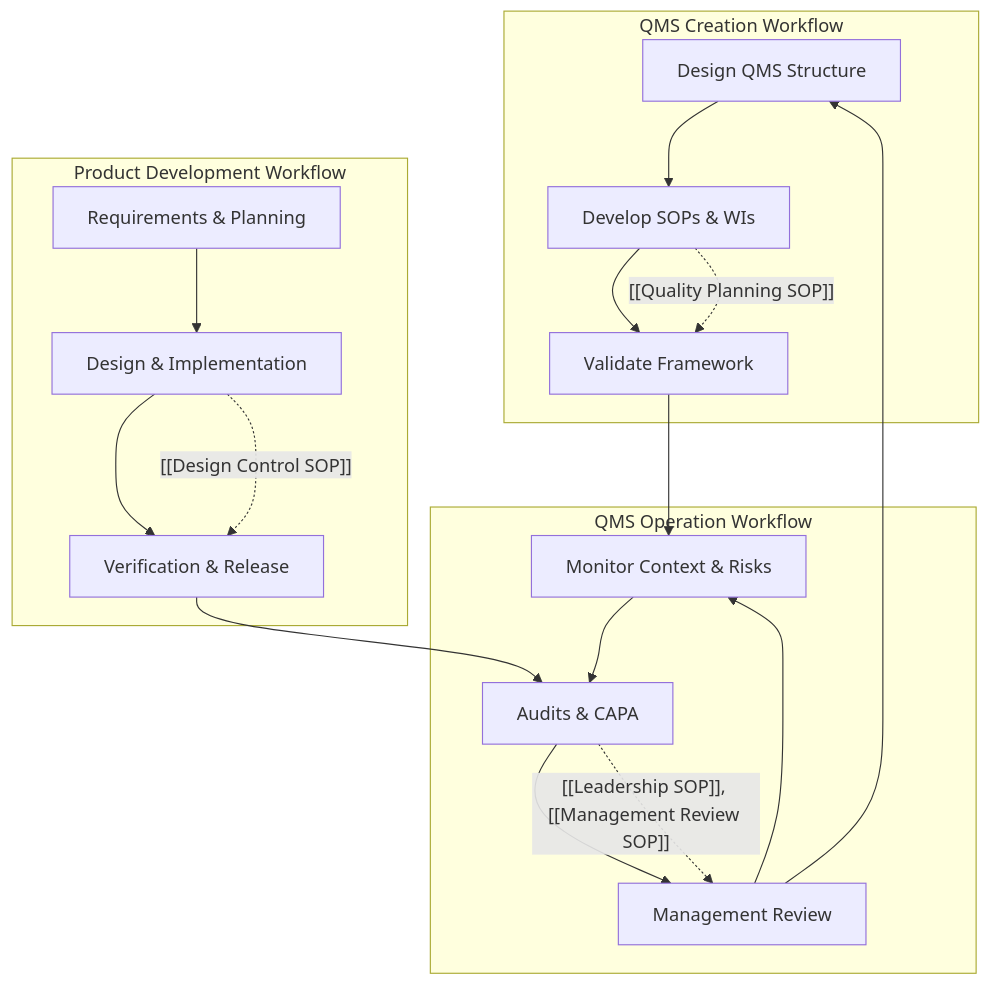
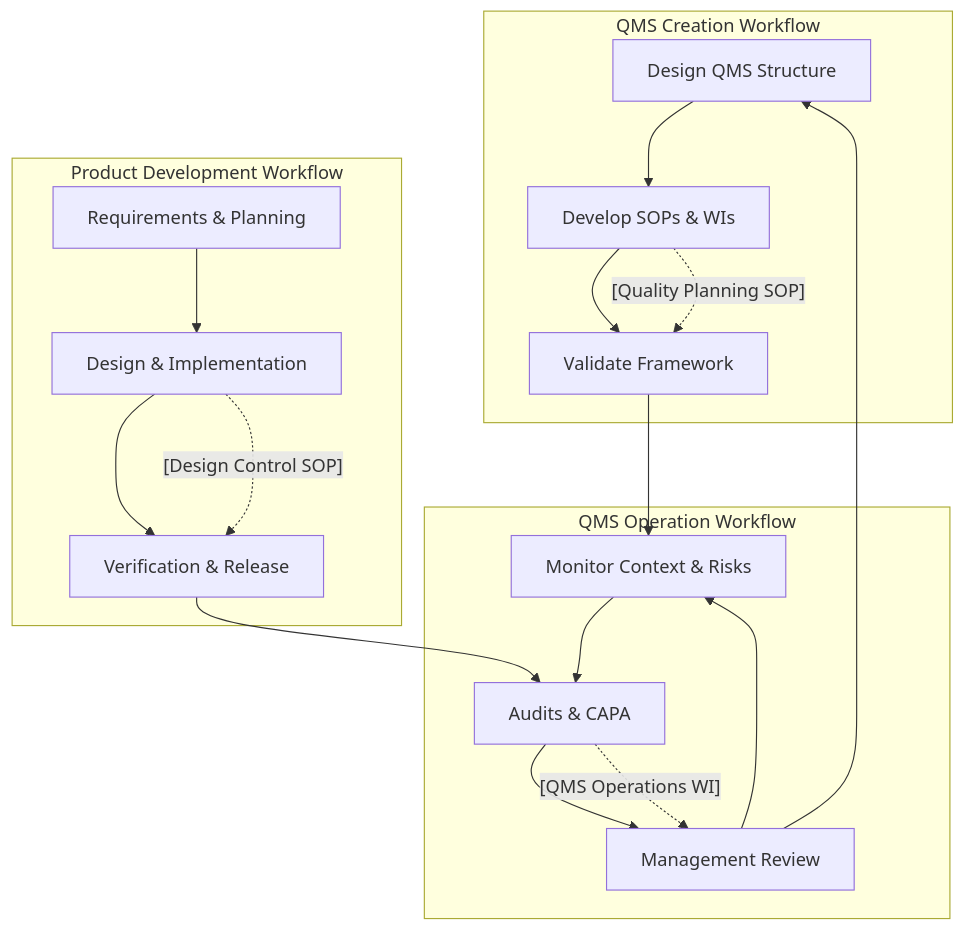
The second of 2 diagrams in QMS/Process-Map.md (Floating-Eye-Software/fley-qms), drawn with Mermaid before and after one commit. The commit also changed other lines of this file, not shown here.

Commit message:
move process controls to management review, refs #6

````diff
--- a/QMS/Process-Map.md
+++ b/QMS/Process-Map.md
@@ -97,34 +97,34 @@
 ```mermaid
 flowchart TD
     %% --- QMS Workflows Overview ---
     subgraph Create[QMS Creation Workflow]
         C1[Design QMS Structure]
         C2[Develop SOPs & WIs]
         C3[Validate Framework]
         C1 --> C2 --> C3
     end
 
     subgraph Operate[QMS Operation Workflow]
         O1[Monitor Context & Risks]
         O2[Audits & CAPA]
         O3[Management Review]
         O1 --> O2 --> O3 --> O1
     end
 
     subgraph Develop[Product Development Workflow]
         D1[Requirements & Planning]
         D2[Design & Implementation]
         D3[Verification & Release]
         D1 --> D2 --> D3
     end
 
     %% --- Interactions Between Workflows ---
     C3 --> O1
     D3 --> O2
     O3 --> C1
 
     %% --- SOP references ---
-    C2 -.->|"[[Quality Planning SOP]]"| C3
-    O2 -.->|"[[Leadership SOP]], [[Management Review SOP]]"| O3
-    D2 -.->|"[[Design Control SOP]]"| D3
+    C2 -.->|"[Quality Planning SOP]"| C3
+    O2 -.->|"[QMS Operations WI]"| O3
+    D2 -.->|"[Design Control SOP]"| D3
 ```
````
